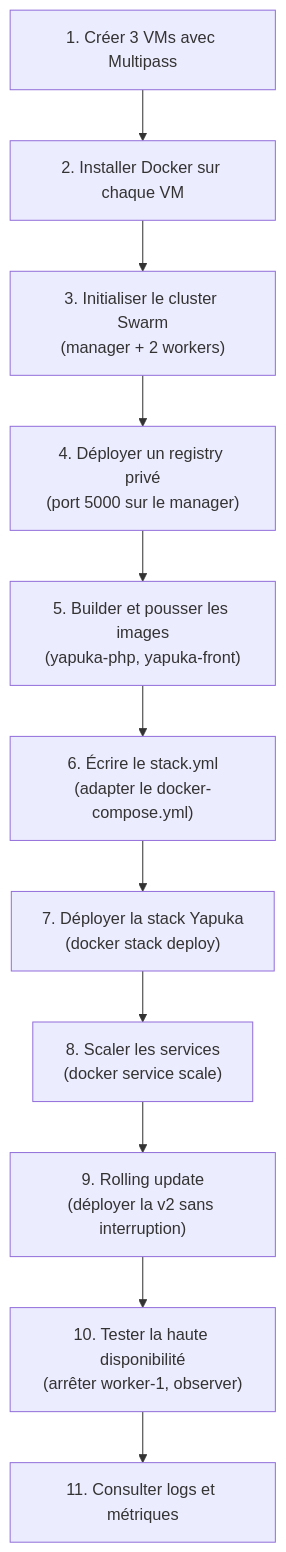
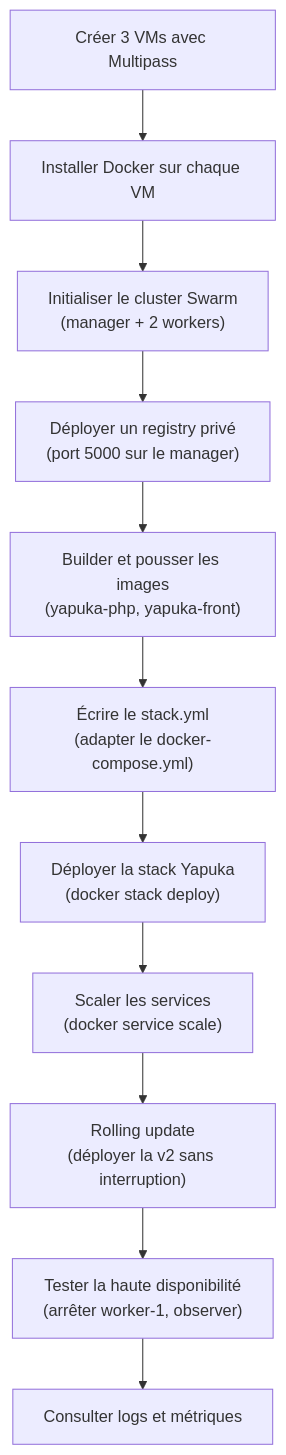
Before and after one commit to smaloron/lab-symfony-stack-devops-cda-mut: diagram 15 of 15 in Writerside/topics/lab-7-intro.md, drawn with Mermaid. The commit also changed 20 other files, not shown here.

````diff
--- a/Writerside/topics/lab-7-intro.md
+++ b/Writerside/topics/lab-7-intro.md
@@ -564,15 +564,15 @@
 ```mermaid
 graph TD
-    A["1. Créer 3 VMs avec Multipass"]
-    B["2. Installer Docker sur chaque VM"]
-    C["3. Initialiser le cluster Swarm<br />(manager + 2 workers)"]
-    D["4. Déployer un registry privé<br />(port 5000 sur le manager)"]
-    E["5. Builder et pousser les images<br />(yapuka-php, yapuka-front)"]
-    F["6. Écrire le stack.yml<br />(adapter le docker-compose.yml)"]
-    G["7. Déployer la stack Yapuka<br />(docker stack deploy)"]
-    H["8. Scaler les services<br />(docker service scale)"]
-    I["9. Rolling update<br />(déployer la v2 sans interruption)"]
-    J["10. Tester la haute disponibilité<br />(arrêter worker-1, observer)"]
-    K["11. Consulter logs et métriques"]
+    A["Créer 3 VMs avec Multipass"]
+    B["Installer Docker sur chaque VM"]
+    C["Initialiser le cluster Swarm<br />(manager + 2 workers)"]
+    D["Déployer un registry privé<br />(port 5000 sur le manager)"]
+    E["Builder et pousser les images<br />(yapuka-php, yapuka-front)"]
+    F["Écrire le stack.yml<br />(adapter le docker-compose.yml)"]
+    G["Déployer la stack Yapuka<br />(docker stack deploy)"]
+    H["Scaler les services<br />(docker service scale)"]
+    I["Rolling update<br />(déployer la v2 sans interruption)"]
+    J[" Tester la haute disponibilité<br />(arrêter worker-1, observer)"]
+    K[" Consulter logs et métriques"]
     A --> B --> C --> D --> E --> F --> G --> H --> I --> J --> K
 ```
````
